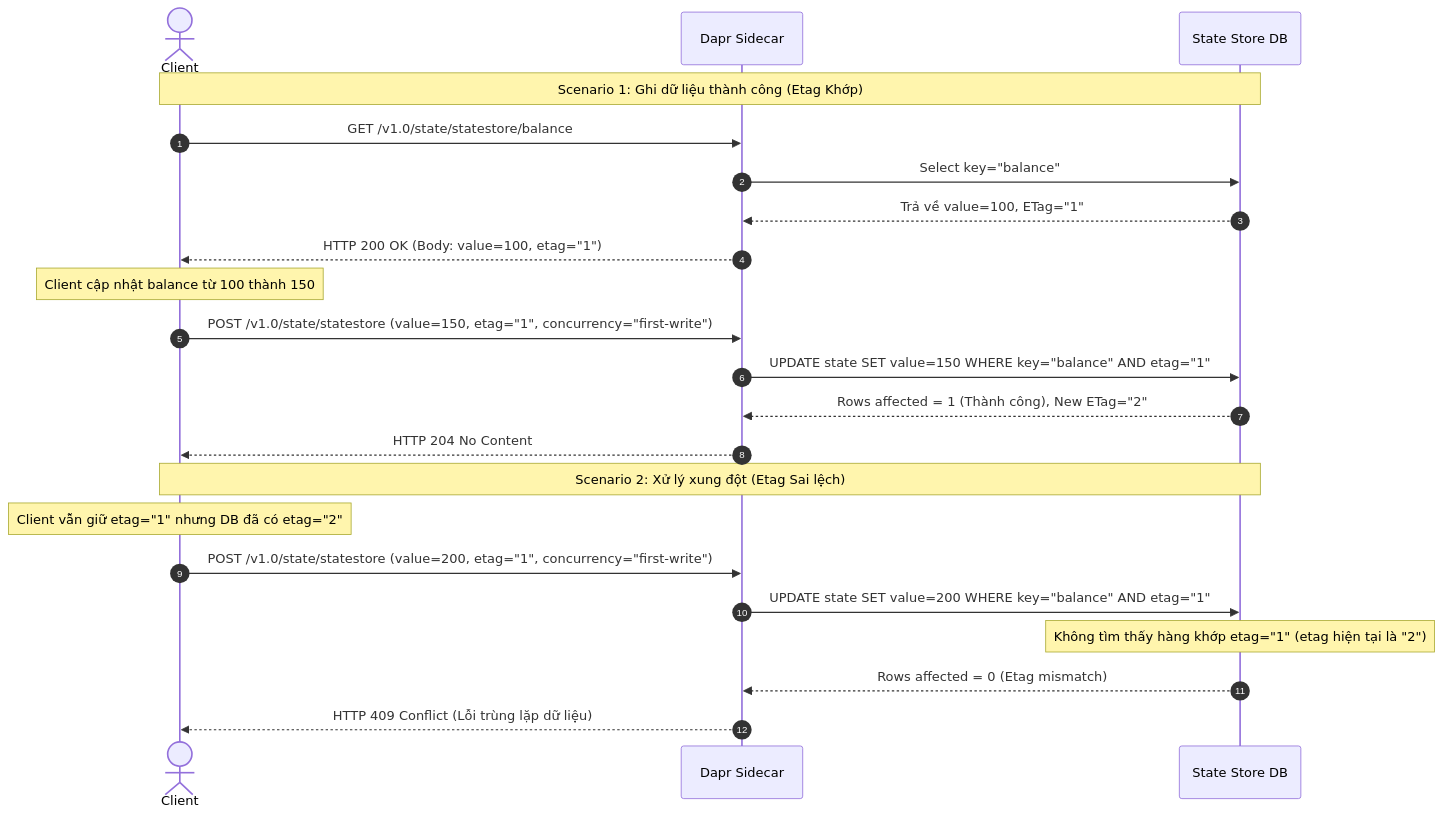
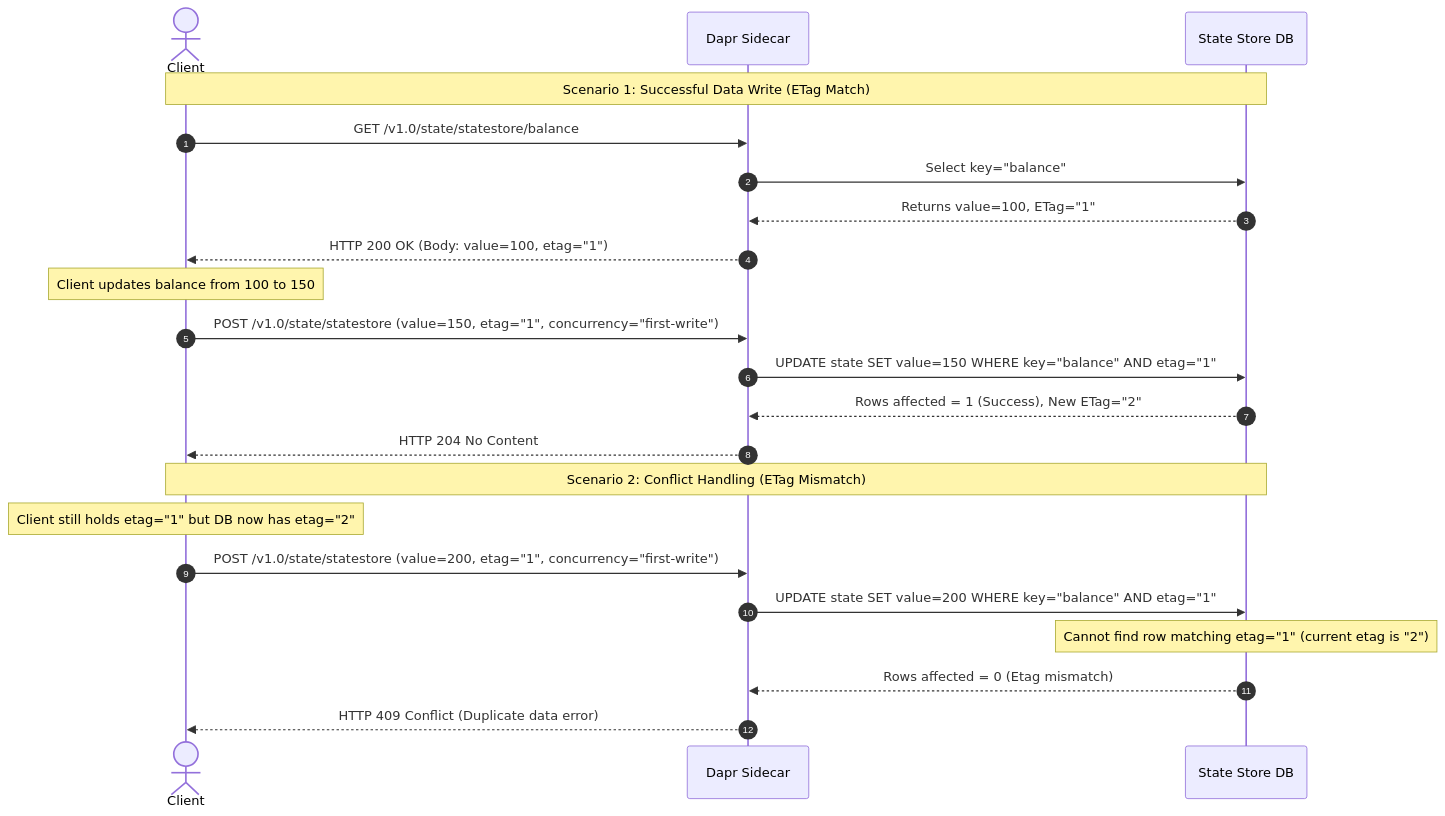
One commit to vesviet/vesviet changed the diagram in content/posts/dapr-state-store-consistency-tradeoffs.md. Above: the diagram before and after it, drawn with Mermaid. The commit also changed other lines of this file and 4 other files, not shown here.

````diff
--- a/content/posts/dapr-state-store-consistency-tradeoffs.md
+++ b/content/posts/dapr-state-store-consistency-tradeoffs.md
@@ -41,30 +44,30 @@
 ```mermaid
 sequenceDiagram
     autonumber
     actor Client
     participant Dapr as Dapr Sidecar
     participant DB as State Store DB
 
     %% Scenario 1: Successful Write
-    Note over Client, DB: Scenario 1: Ghi dữ liệu thành công (Etag Khớp)
+    Note over Client, DB: Scenario 1: Successful Data Write (ETag Match)
     Client->>Dapr: GET /v1.0/state/statestore/balance
     Dapr->>DB: Select key="balance"
-    DB-->>Dapr: Trả về value=100, ETag="1"
+    DB-->>Dapr: Returns value=100, ETag="1"
     Dapr-->>Client: HTTP 200 OK (Body: value=100, etag="1")
     
-    Note over Client: Client cập nhật balance từ 100 thành 150
+    Note over Client: Client updates balance from 100 to 150
     
     Client->>Dapr: POST /v1.0/state/statestore (value=150, etag="1", concurrency="first-write")
     Dapr->>DB: UPDATE state SET value=150 WHERE key="balance" AND etag="1"
-    DB-->>Dapr: Rows affected = 1 (Thành công), New ETag="2"
+    DB-->>Dapr: Rows affected = 1 (Success), New ETag="2"
     Dapr-->>Client: HTTP 204 No Content
 
     %% Scenario 2: ETag Mismatch Conflict
-    Note over Client, DB: Scenario 2: Xử lý xung đột (Etag Sai lệch)
-    Note over Client: Client vẫn giữ etag="1" nhưng DB đã có etag="2"
+    Note over Client, DB: Scenario 2: Conflict Handling (ETag Mismatch)
+    Note over Client: Client still holds etag="1" but DB now has etag="2"
     Client->>Dapr: POST /v1.0/state/statestore (value=200, etag="1", concurrency="first-write")
     Dapr->>DB: UPDATE state SET value=200 WHERE key="balance" AND etag="1"
-    Note over DB: Không tìm thấy hàng khớp etag="1" (etag hiện tại là "2")
+    Note over DB: Cannot find row matching etag="1" (current etag is "2")
     DB-->>Dapr: Rows affected = 0 (Etag mismatch)
-    Dapr-->>Client: HTTP 409 Conflict (Lỗi trùng lặp dữ liệu)
+    Dapr-->>Client: HTTP 409 Conflict (Duplicate data error)
 ```
````
